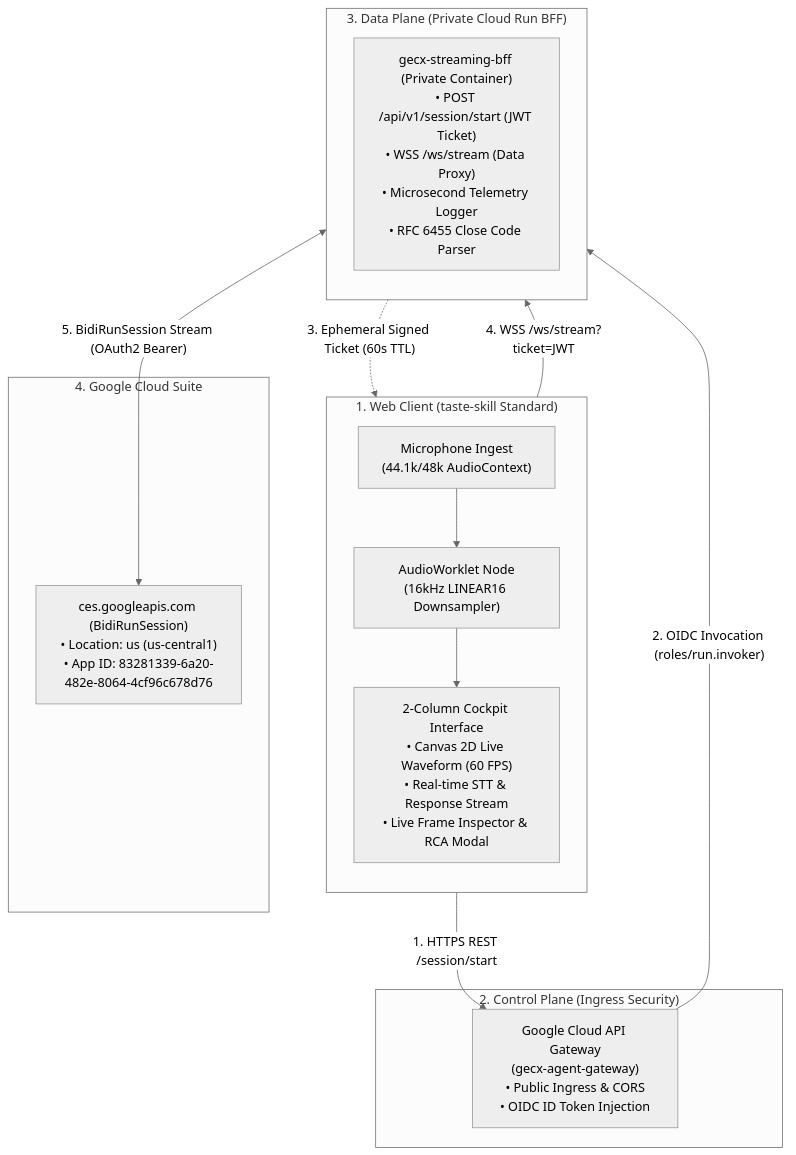
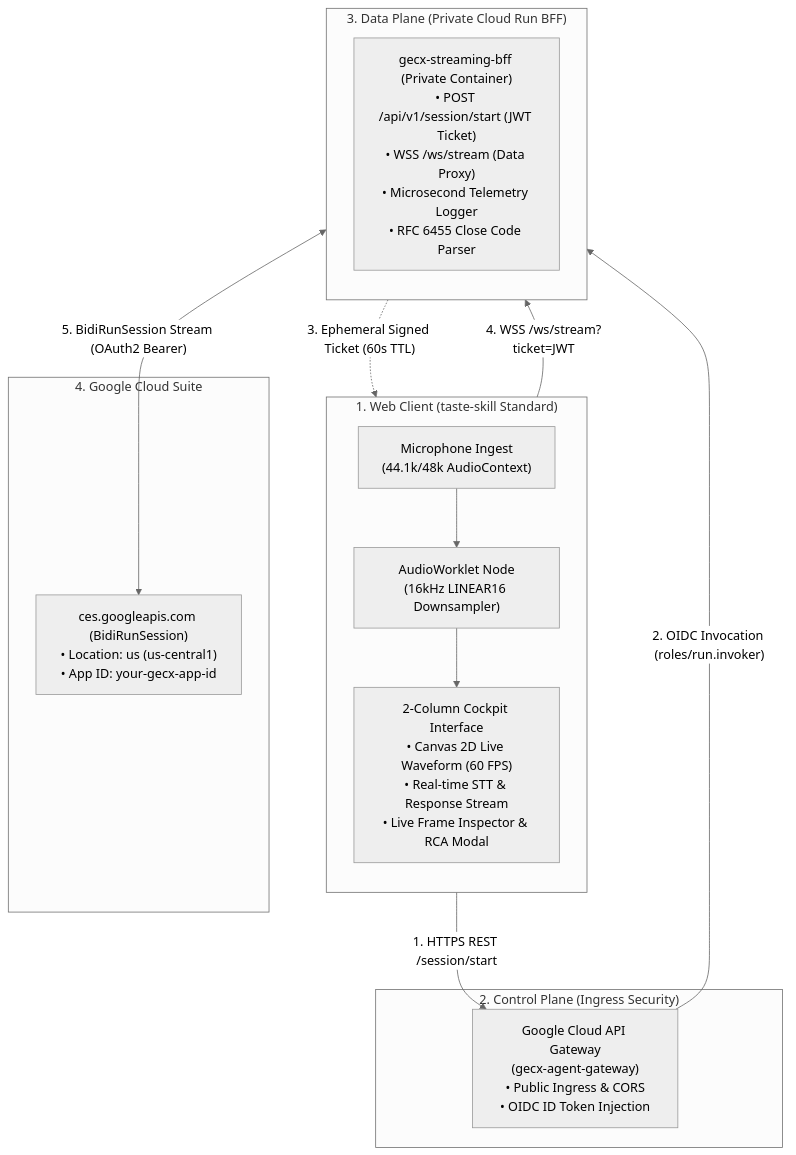
The diagram in README.md (Jhko0404/GECX-Realtime-Voice-Streaming), drawn with Mermaid (neutral theme) before and after one commit. The commit also changed other lines of this file and 18 other files, not shown here.

````diff
--- a/README.md
+++ b/README.md
@@ -33,30 +33,30 @@
 ```mermaid
 flowchart TB
     subgraph ClientLayer["1. Web Client (taste-skill Standard)"]
         direction TB
         Mic["Microphone Ingest<br>(44.1k/48k AudioContext)"]
         Worklet["AudioWorklet Node<br>(16kHz LINEAR16 Downsampler)"]
         CockpitUI["2-Column Cockpit Interface<br>• Canvas 2D Live Waveform (60 FPS)<br>• Real-time STT & Response Stream<br>• Live Frame Inspector & RCA Modal"]
         Mic --> Worklet
         Worklet --> CockpitUI
     end
 
     subgraph ControlPlane["2. Control Plane (Ingress Security)"]
         Gateway["Google Cloud API Gateway<br>(gecx-agent-gateway)<br>• Public Ingress & CORS<br>• OIDC ID Token Injection"]
     end
 
     subgraph DataPlane["3. Data Plane (Private Cloud Run BFF)"]
         direction TB
         BFF["gecx-streaming-bff (Private Container)<br>• POST /api/v1/session/start (JWT Ticket)<br>• WSS /ws/stream (Data Proxy)<br>• Microsecond Telemetry Logger<br>• RFC 6455 Close Code Parser"]
     end
 
     subgraph GECXLayer["4. Google Cloud Suite"]
-        GECX["ces.googleapis.com (BidiRunSession)<br>• Location: us (us-central1)<br>• App ID: 83281339-6a20-482e-8064-4cf96c678d76"]
+        GECX["ces.googleapis.com (BidiRunSession)<br>• Location: us (us-central1)<br>• App ID: your-gecx-app-id"]
     end
 
     CockpitUI -->|"1. HTTPS REST /session/start"| Gateway
     Gateway -->|"2. OIDC Invocation (roles/run.invoker)"| BFF
     BFF -.->|"3. Ephemeral Signed Ticket (60s TTL)"| CockpitUI
     CockpitUI -->|"4. WSS /ws/stream?ticket=JWT"| BFF
     BFF <-->|"5. BidiRunSession Stream (OAuth2 Bearer)"| GECX
 ```
````
